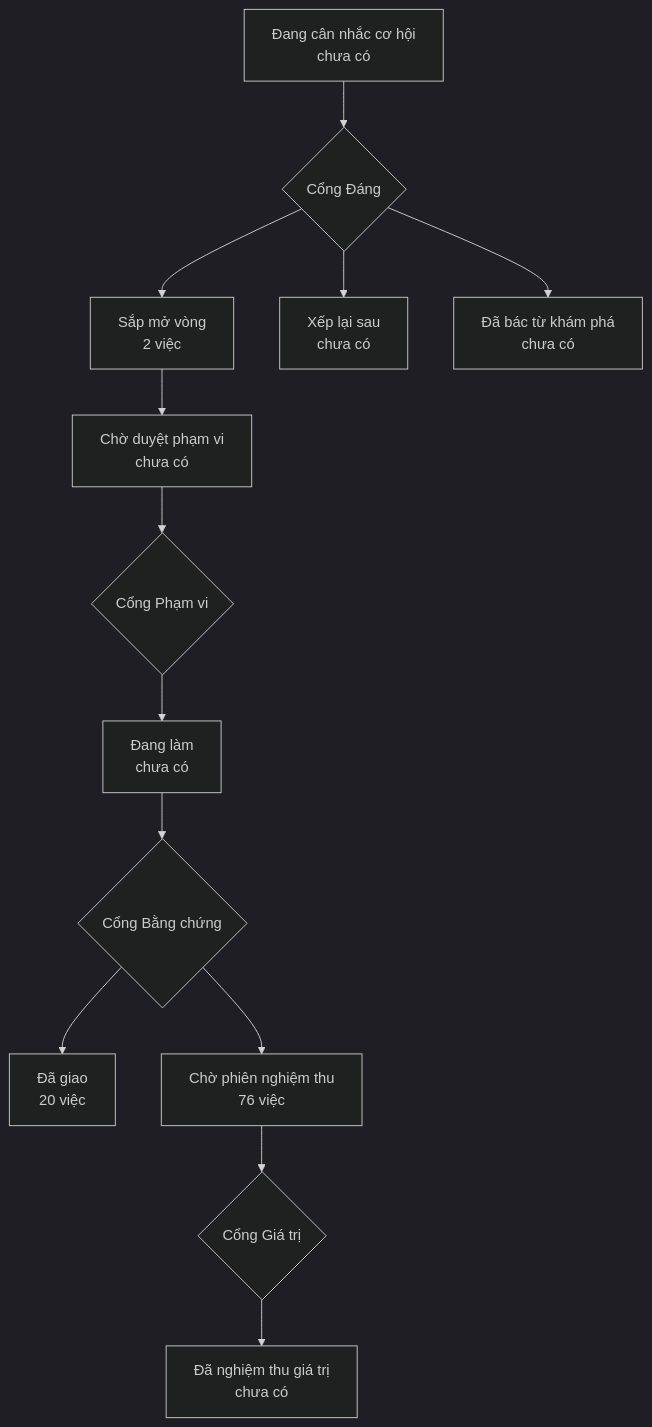
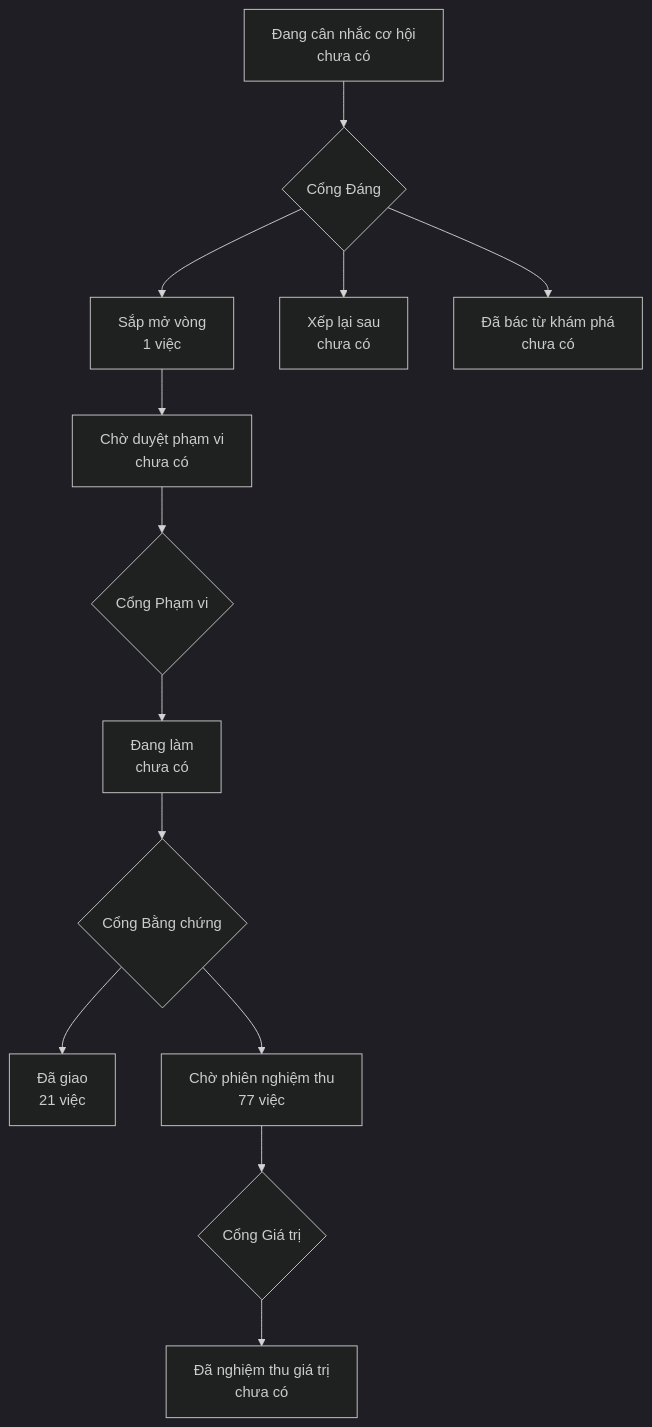
Before and after one commit to phanlemanh/onehub-quy-hang: the diagram in PRODUCT-MAP.md, drawn with Mermaid (dark theme). The commit also changed other lines of this file and 1 other file, not shown here.

Commit message:
chore: vẽ lại bản đồ sản phẩm và lộ trình sau gộp main

````diff
--- a/PRODUCT-MAP.md
+++ b/PRODUCT-MAP.md
@@ -7,12 +7,12 @@
 ```mermaid
 flowchart TD
   A["Đang cân nhắc cơ hội<br/>chưa có"] --> GD{"Cổng Đáng"}
-  GD --> B["Sắp mở vòng<br/>2 việc"]
+  GD --> B["Sắp mở vòng<br/>1 việc"]
   GD --> XL["Xếp lại sau<br/>chưa có"]
   GD --> DB["Đã bác từ khám phá<br/>chưa có"]
   B --> CD["Chờ duyệt phạm vi<br/>chưa có"] --> GP{"Cổng Phạm vi"}
   GP --> DL["Đang làm<br/>chưa có"] --> GB{"Cổng Bằng chứng"}
-  GB --> DG["Đã giao<br/>20 việc"]
-  GB --> CN["Chờ phiên nghiệm thu<br/>76 việc"] --> GG{"Cổng Giá trị"}
+  GB --> DG["Đã giao<br/>21 việc"]
+  GB --> CN["Chờ phiên nghiệm thu<br/>77 việc"] --> GG{"Cổng Giá trị"}
   GG --> NT["Đã nghiệm thu giá trị<br/>chưa có"]
 ```
````
